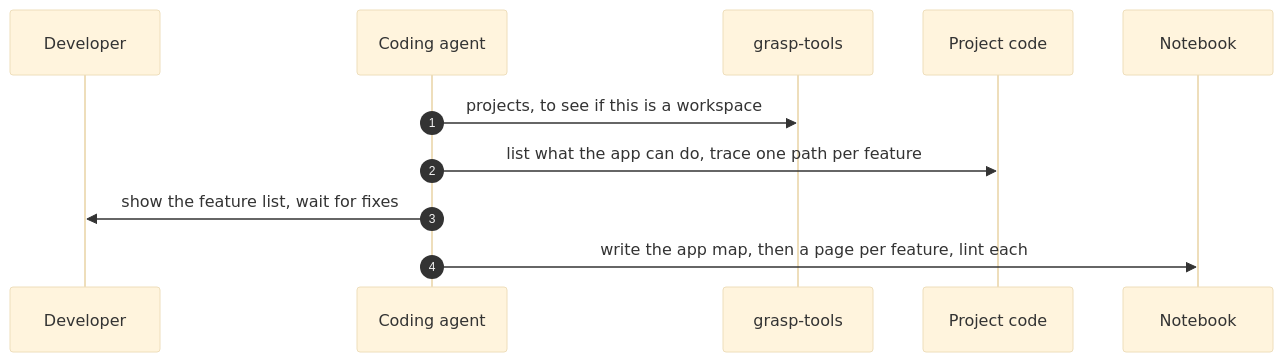
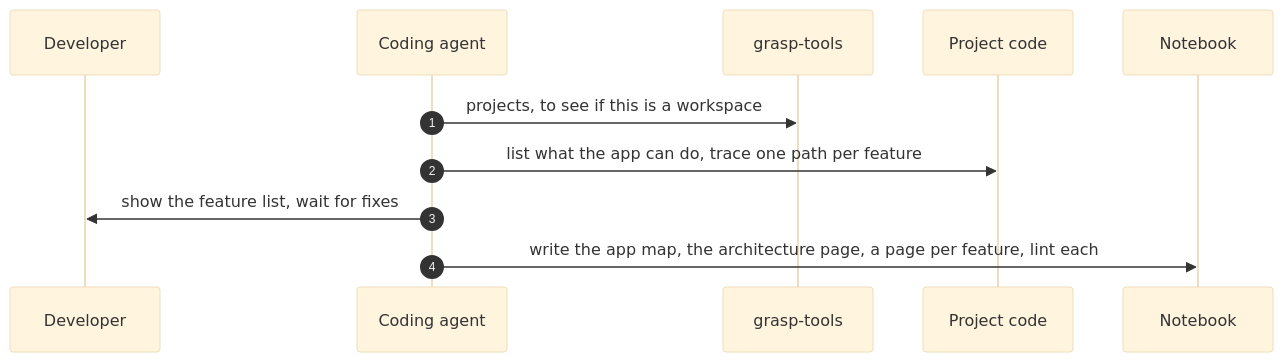
The second of 2 diagrams in docs/how-it-works/features/app-overview.md (junrillg/grasp), drawn with Mermaid (base theme) before and after one commit. The commit also changed other lines of this file and 22 other files, not shown here.

Commit message:
feat: write an architecture page with system design lessons

````diff
--- a/docs/how-it-works/features/app-overview.md
+++ b/docs/how-it-works/features/app-overview.md
@@ -24,13 +24,13 @@
 ```mermaid
 sequenceDiagram
   autonumber
   participant D as Developer
   participant A as Coding agent
   participant G as grasp-tools
   participant C as Project code
   participant N as Notebook
   A->>G: projects, to see if this is a workspace
   A->>C: list what the app can do, trace one path per feature
   A->>D: show the feature list, wait for fixes
-  A->>N: write the app map, then a page per feature, lint each
+  A->>N: write the app map, the architecture page, a page per feature, lint each
 ```
````
